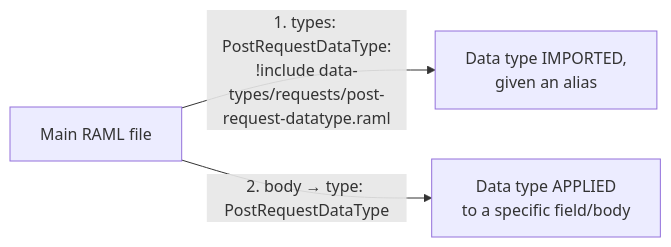
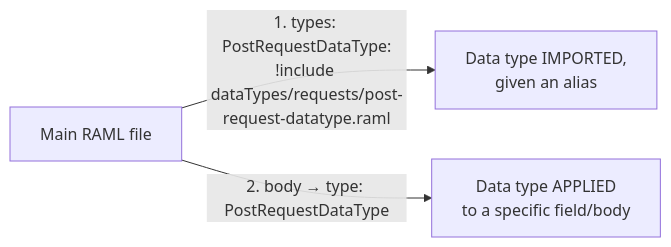
The third of 7 diagrams in detailed-notes/day24.md (developerashok99/green-c-mule-notes), drawn with Mermaid before and after one commit. The commit also changed other lines of this file and 1 other file, not shown here.

````diff
--- a/detailed-notes/day24.md
+++ b/detailed-notes/day24.md
@@ -40,5 +42,5 @@
 ```mermaid
 flowchart LR
-    Main["Main RAML file"] -->|"1. types: PostRequestDataType:<br/>!include data-types/requests/post-request-datatype.raml"| Import["Data type IMPORTED,<br/>given an alias"]
+    Main["Main RAML file"] -->|"1. types: PostRequestDataType:<br/>!include dataTypes/requests/post-request-datatype.raml"| Import["Data type IMPORTED,<br/>given an alias"]
     Main -->|"2. body → type: PostRequestDataType"| Apply["Data type APPLIED<br/>to a specific field/body"]
 ```
````
